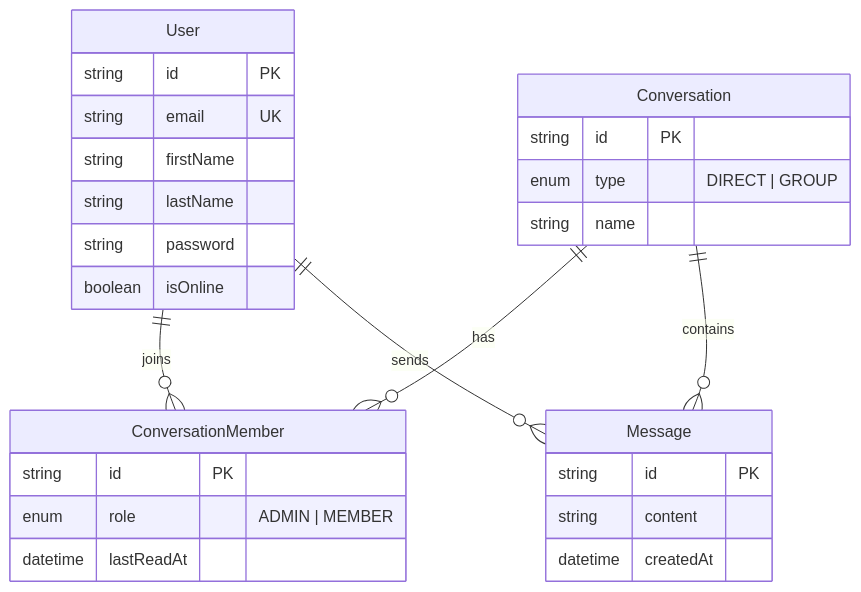
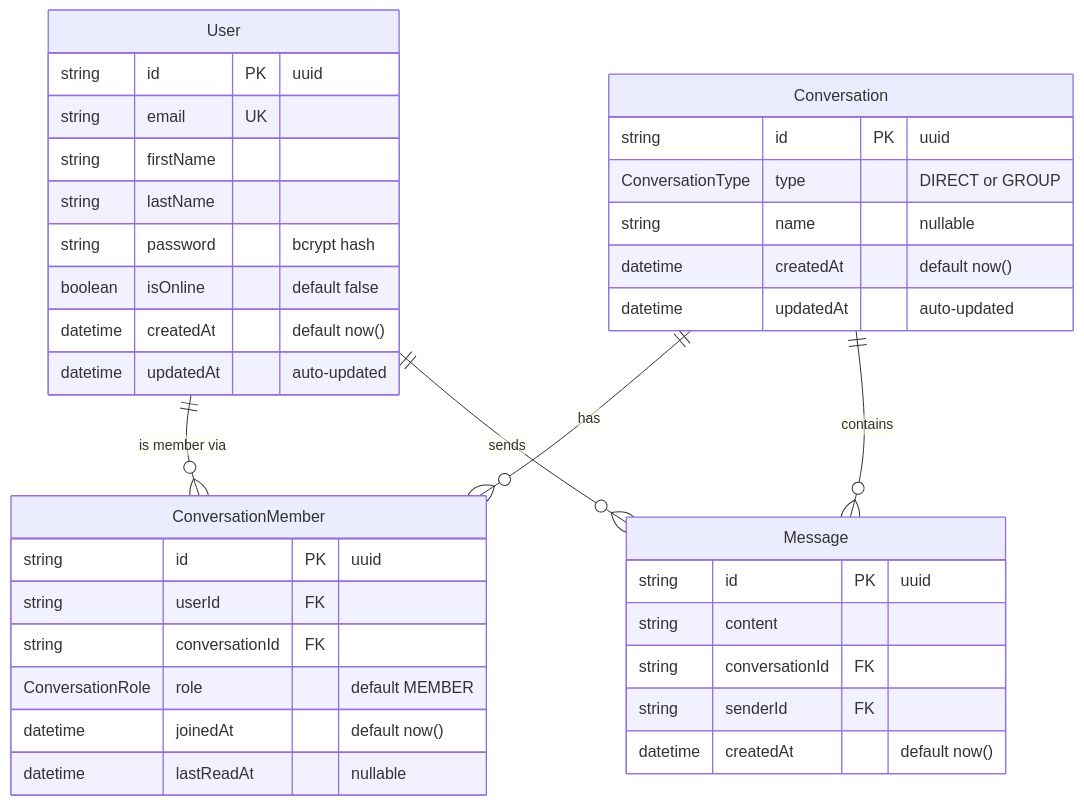
Before and after one commit to iamdrzazgowski/react-realtime-chat: the second of 2 diagrams in README.md, drawn with Mermaid. The commit also changed other lines of this file, not shown here.

Commit message:
Expand README data model section

````diff
--- a/README.md
+++ b/README.md
@@ -267,31 +269,40 @@
 ```mermaid
 erDiagram
-    User ||--o{ ConversationMember : "joins"
+    User ||--o{ ConversationMember : "is member via"
     Conversation ||--o{ ConversationMember : "has"
     Conversation ||--o{ Message : "contains"
     User ||--o{ Message : "sends"
 
     User {
-        string id PK
+        string id PK "uuid"
         string email UK
         string firstName
         string lastName
-        string password
-        boolean isOnline
+        string password "bcrypt hash"
+        boolean isOnline "default false"
+        datetime createdAt "default now()"
+        datetime updatedAt "auto-updated"
     }
     Conversation {
-        string id PK
-        enum type "DIRECT | GROUP"
-        string name
+        string id PK "uuid"
+        ConversationType type "DIRECT or GROUP"
+        string name "nullable"
+        datetime createdAt "default now()"
+        datetime updatedAt "auto-updated"
     }
     ConversationMember {
-        string id PK
-        enum role "ADMIN | MEMBER"
-        datetime lastReadAt
+        string id PK "uuid"
+        string userId FK
+        string conversationId FK
+        ConversationRole role "default MEMBER"
+        datetime joinedAt "default now()"
+        datetime lastReadAt "nullable"
     }
     Message {
-        string id PK
+        string id PK "uuid"
         string content
-        datetime createdAt
+        string conversationId FK
+        string senderId FK
+        datetime createdAt "default now()"
     }
 ```
````
